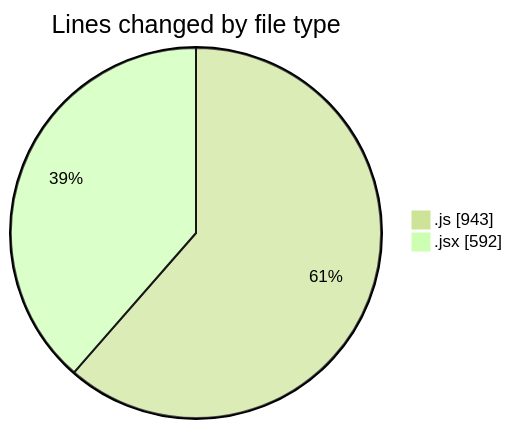
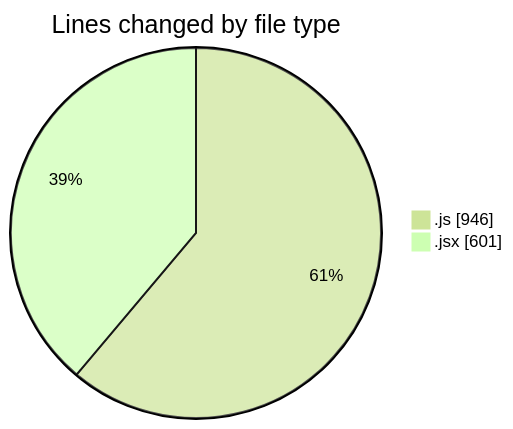
The first of 2 diagrams in 2025-08-07/nxtqube_webapp/README.md (nxtqubesakshisongat/code-tracking), drawn with Mermaid (forest theme) before and after one commit. The commit also changed other lines of this file and 1 other file, not shown here.

````diff
--- a/2025-08-07/nxtqube_webapp/README.md
+++ b/2025-08-07/nxtqube_webapp/README.md
@@ -23,6 +23,6 @@
 ```mermaid
 pie showData
 title Lines changed by file type
-".js" : 943
-".jsx" : 592
+".js" : 946
+".jsx" : 601
 ```
````
